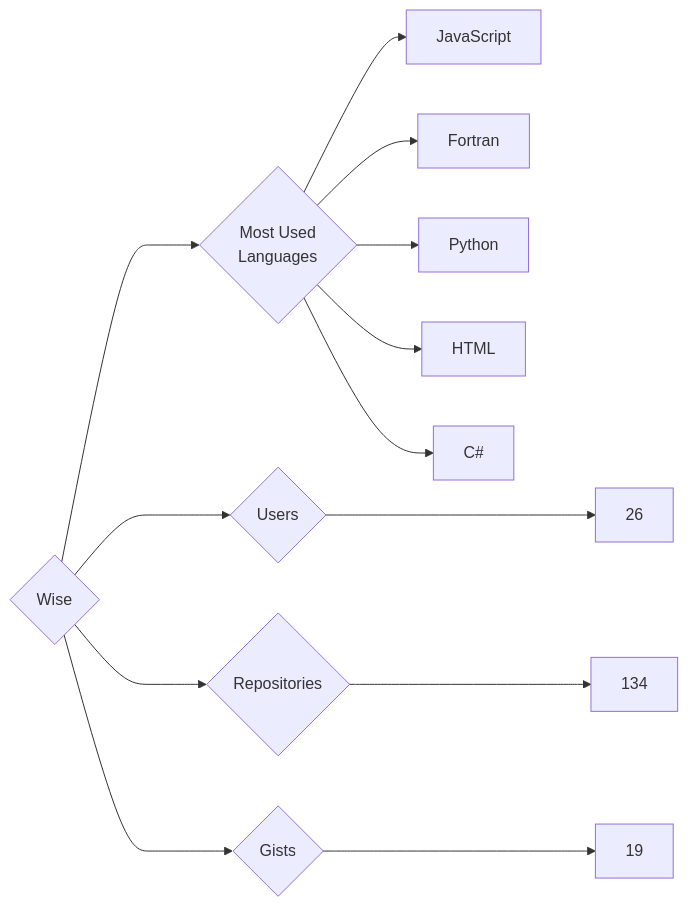
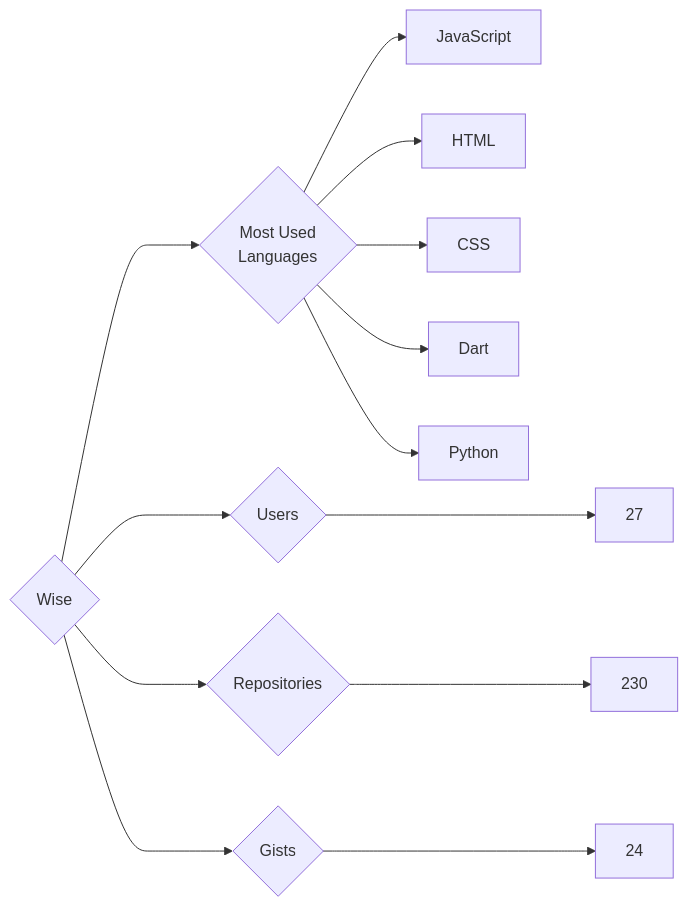
The diagram in targets/Wise/README.md (trickest/insiders), drawn with Mermaid before and after one commit. The commit also changed 860 other files, not shown here.

````diff
--- a/targets/Wise/README.md
+++ b/targets/Wise/README.md
@@ -3,13 +3,13 @@
 ```mermaid
 graph LR
 COMPANY_NAME{Wise}
-COMPANY_NAME ---> U{Users} ---> UN[26]
-COMPANY_NAME ---> R{Repositories} ---> RN[134]
-COMPANY_NAME ---> G{Gists} ---> GN[19]
+COMPANY_NAME ---> U{Users} ---> UN[27]
+COMPANY_NAME ---> R{Repositories} ---> RN[230]
+COMPANY_NAME ---> G{Gists} ---> GN[24]
 COMPANY_NAME ---> ML{Most Used<br>Languages}
 ML --> JavaScript[JavaScript]
-ML --> Fortran[Fortran]
+ML --> HTML[HTML]
+ML --> CSS[CSS]
+ML --> Dart[Dart]
 ML --> Python[Python]
-ML --> HTML[HTML]
-ML --> C#[C#]
 ```
````
